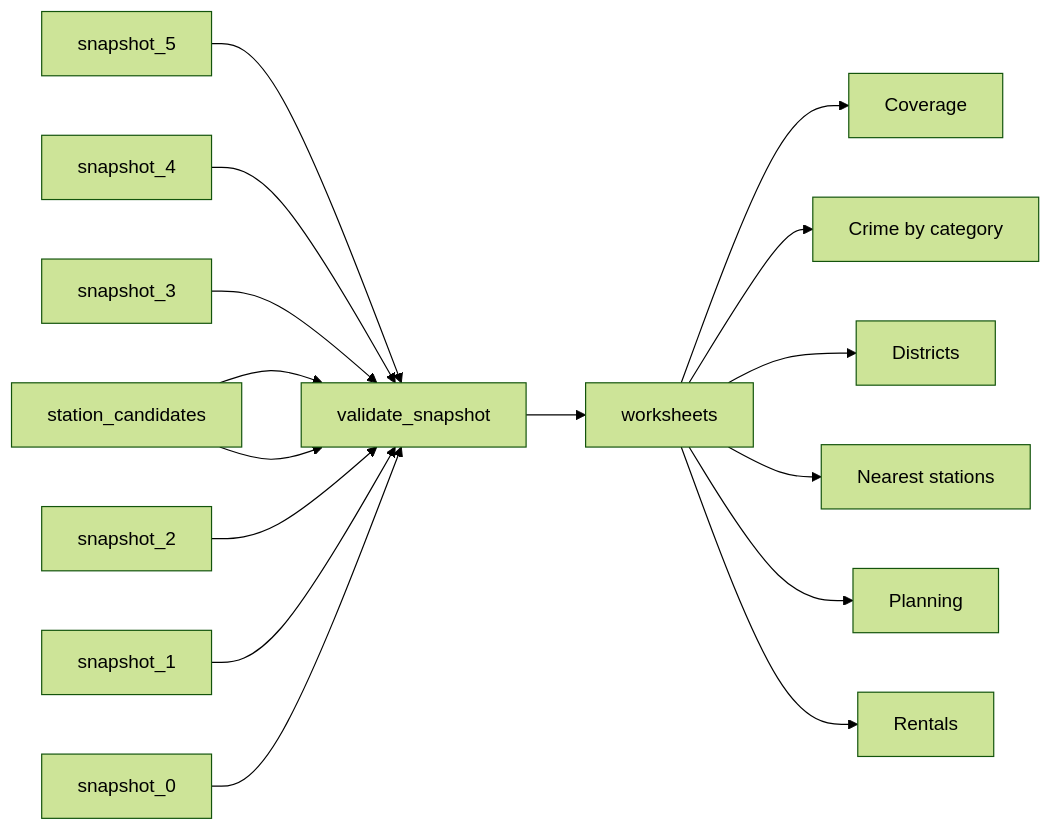
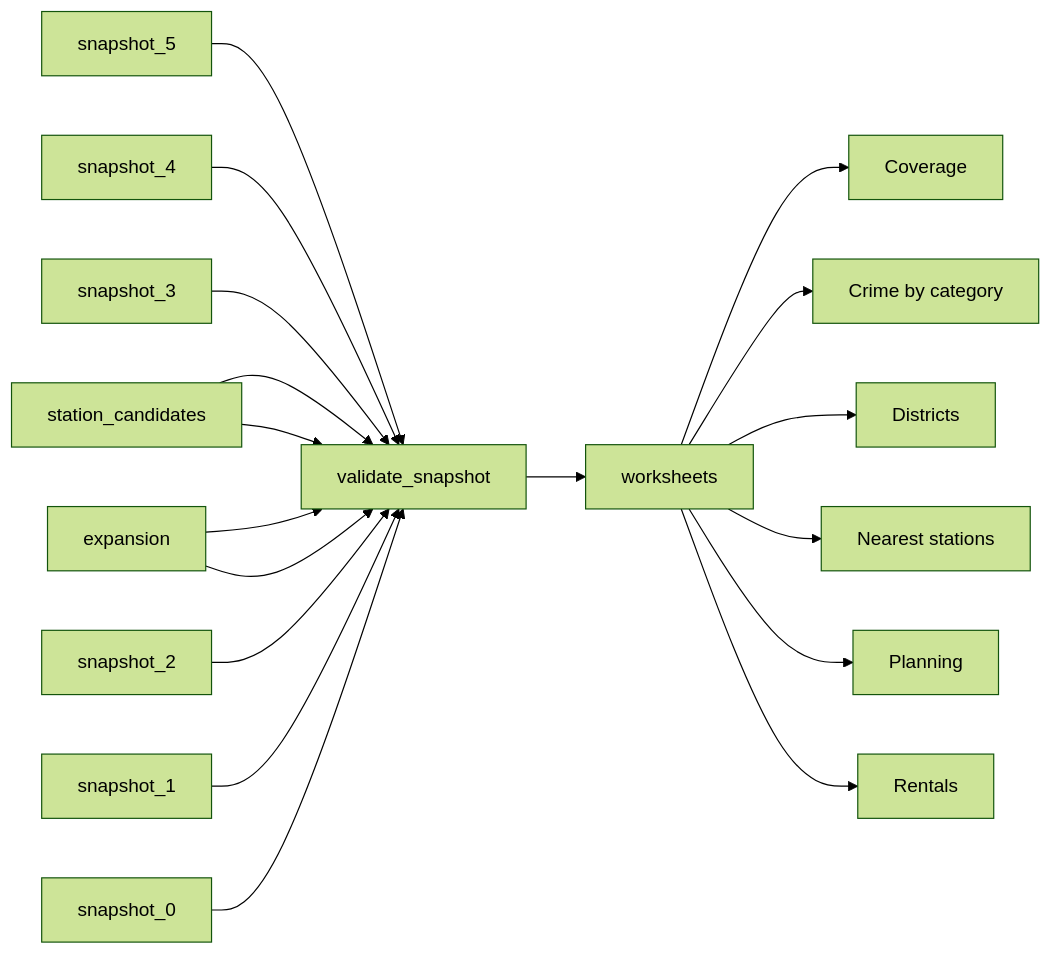
The diagram in datasets/roomreview-london-postcode-sample-c52c262c0d84/README.md (jsonifyco/public-datasets), drawn with Mermaid (forest theme) before and after one commit. The commit also changed other lines of this file and 12 other files, not shown here.

````diff
--- a/datasets/roomreview-london-postcode-sample-c52c262c0d84/README.md
+++ b/datasets/roomreview-london-postcode-sample-c52c262c0d84/README.md
@@ -229,33 +229,36 @@
 ```mermaid
 flowchart LR
   n0["station#95;candidates"]
-  n1["snapshot#95;5"]
-  n2["snapshot#95;4"]
-  n3["snapshot#95;3"]
-  n4["snapshot#95;2"]
-  n5["snapshot#95;1"]
-  n6["snapshot#95;0"]
-  n7["validate#95;snapshot"]
-  n8["worksheets"]
-  n9["Rentals"]
-  n10["Districts"]
-  n11["Crime by category"]
-  n12["Nearest stations"]
-  n13["Planning"]
-  n14["Coverage"]
+  n1["expansion"]
+  n2["snapshot#95;5"]
+  n3["snapshot#95;4"]
+  n4["snapshot#95;3"]
+  n5["snapshot#95;2"]
+  n6["snapshot#95;1"]
+  n7["snapshot#95;0"]
+  n8["validate#95;snapshot"]
+  n9["worksheets"]
+  n10["Rentals"]
+  n11["Districts"]
+  n12["Crime by category"]
+  n13["Nearest stations"]
+  n14["Planning"]
+  n15["Coverage"]
+  n8 --> n9
+  n0 --> n8
+  n1 --> n8
+  n2 --> n8
+  n3 --> n8
+  n4 --> n8
+  n5 --> n8
+  n6 --> n8
   n7 --> n8
-  n0 --> n7
-  n1 --> n7
-  n2 --> n7
-  n3 --> n7
-  n4 --> n7
-  n5 --> n7
-  n6 --> n7
-  n8 --> n14
-  n8 --> n11
-  n8 --> n10
-  n8 --> n12
-  n8 --> n13
-  n8 --> n9
-  n0 --> n7
+  n9 --> n15
+  n9 --> n12
+  n9 --> n11
+  n9 --> n13
+  n9 --> n14
+  n9 --> n10
+  n1 --> n8
+  n0 --> n8
 ```
````
